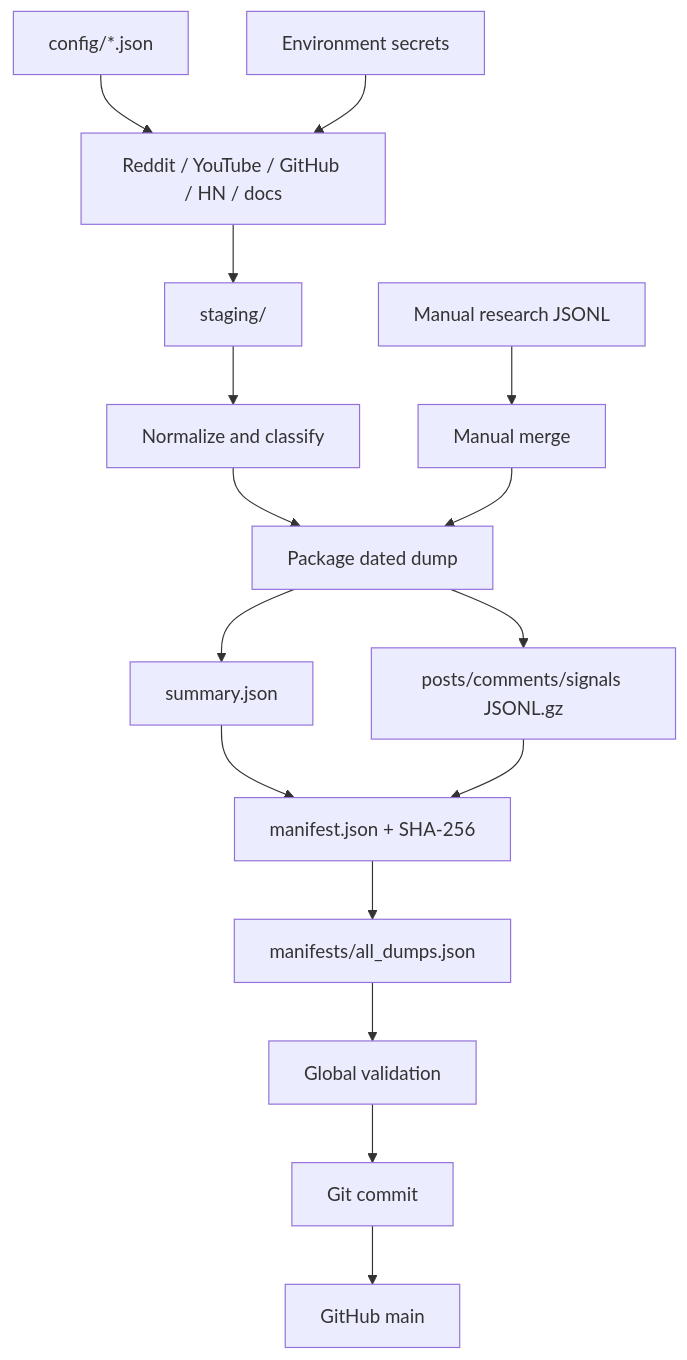
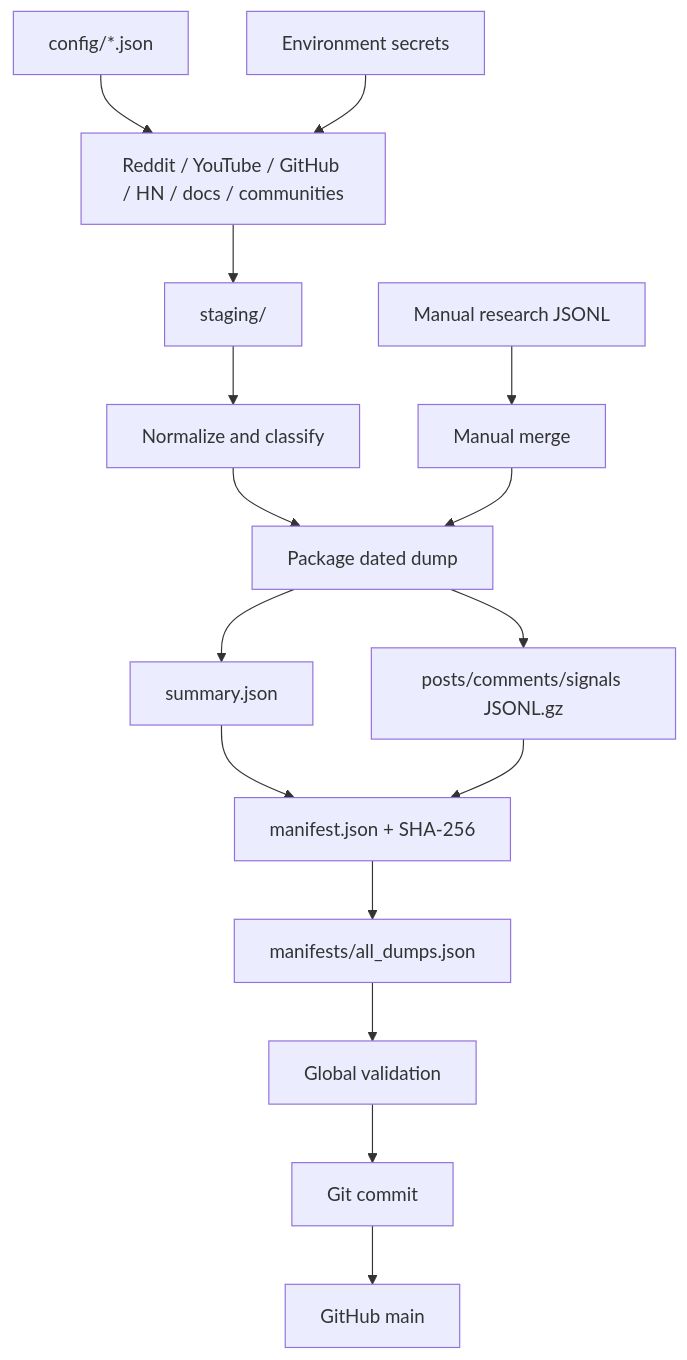
One commit to subothsundar123/reddit-scraper-github-publisher changed the diagram in ARCHITECTURE.md. Above: the diagram before and after it, drawn with Mermaid. The commit also changed other lines of this file and 5 other files, not shown here.

````diff
--- a/ARCHITECTURE.md
+++ b/ARCHITECTURE.md
@@ -24,18 +24,18 @@
 ```mermaid
 flowchart TD
     Config["config/*.json"] --> Collectors
     Secrets["Environment secrets"] --> Collectors
-    Collectors["Reddit / YouTube / GitHub / HN / docs"] --> Stage["staging/"]
+    Collectors["Reddit / YouTube / GitHub / HN / docs / communities"] --> Stage["staging/"]
     Manual["Manual research JSONL"] --> ManualMerge["Manual merge"]
     Stage --> Normalize["Normalize and classify"]
     Normalize --> Package["Package dated dump"]
     ManualMerge --> Package
     Package --> Summary["summary.json"]
     Package --> Gzip["posts/comments/signals JSONL.gz"]
     Summary --> Manifest["manifest.json + SHA-256"]
     Gzip --> Manifest
     Manifest --> Index["manifests/all_dumps.json"]
     Index --> Validate["Global validation"]
     Validate --> Commit["Git commit"]
     Commit --> Push["GitHub main"]
 ```
````
